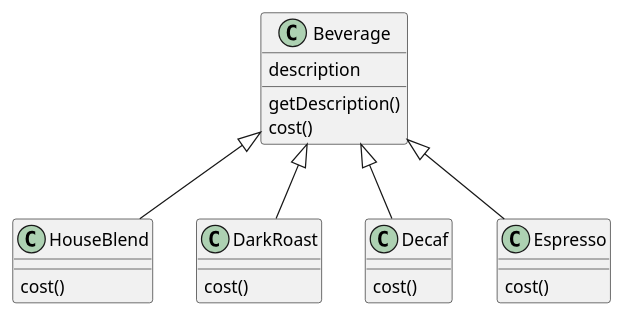
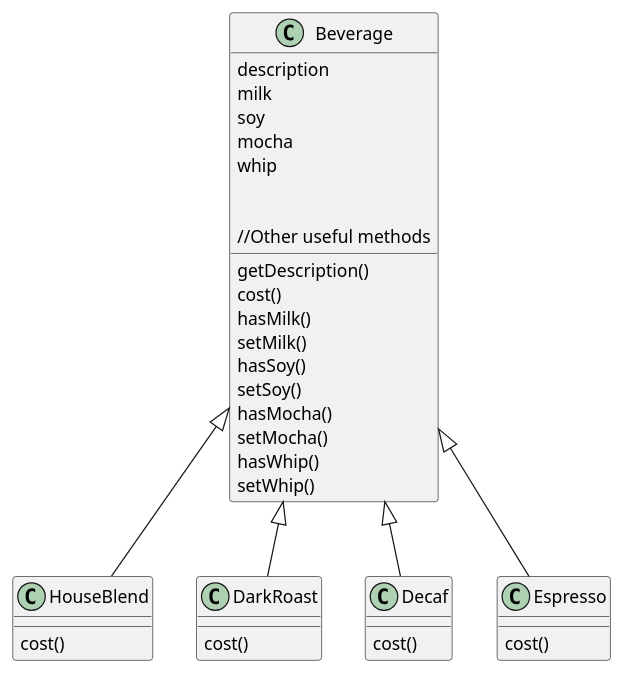
Before and after one commit to nRookie/design-pattern-python: the diagram in uml/StarbuzzCoffee.wsd, drawn with PlantUML.

Commit message:
add decorator_patter code

```diff
--- a/uml/StarbuzzCoffee.wsd
+++ b/uml/StarbuzzCoffee.wsd
@@ -1,31 +1,46 @@
 
 class Beverage{
     description
+    milk 
+    soy
+    mocha
+    whip 
+
     getDescription()
     cost()
+    hasMilk()
+    setMilk()
+    hasSoy()
+    setSoy()
+    hasMocha()
+    setMocha()
+    hasWhip()
+    setWhip()
+
+    //Other useful methods
 }
 
 
 
 
 class HouseBlend{
     cost()
 }
 
 class DarkRoast{
     cost()
 }
 
 class Decaf{
     cost()
 }
 
 class Espresso{
     cost()
 }
 
 
 Beverage <|-- HouseBlend
 Beverage <|-- DarkRoast
 Beverage <|-- Decaf
 Beverage <|-- Espresso
```
